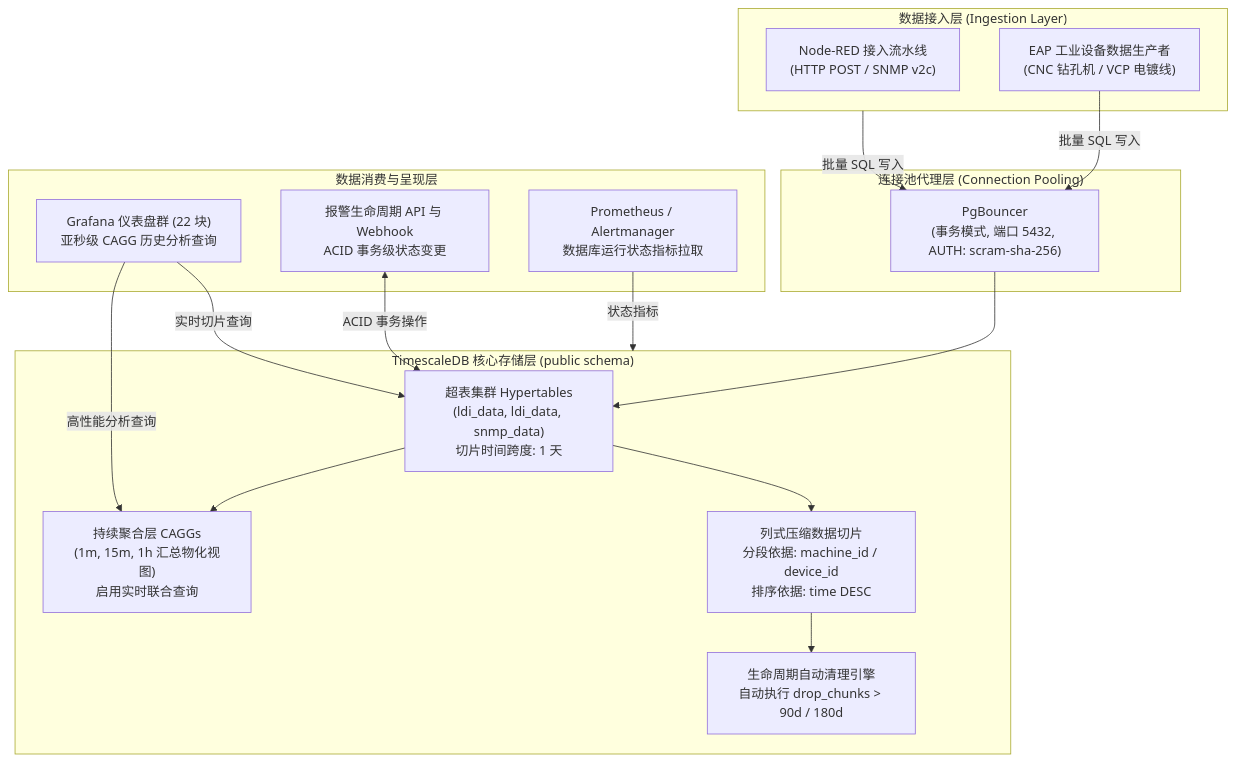
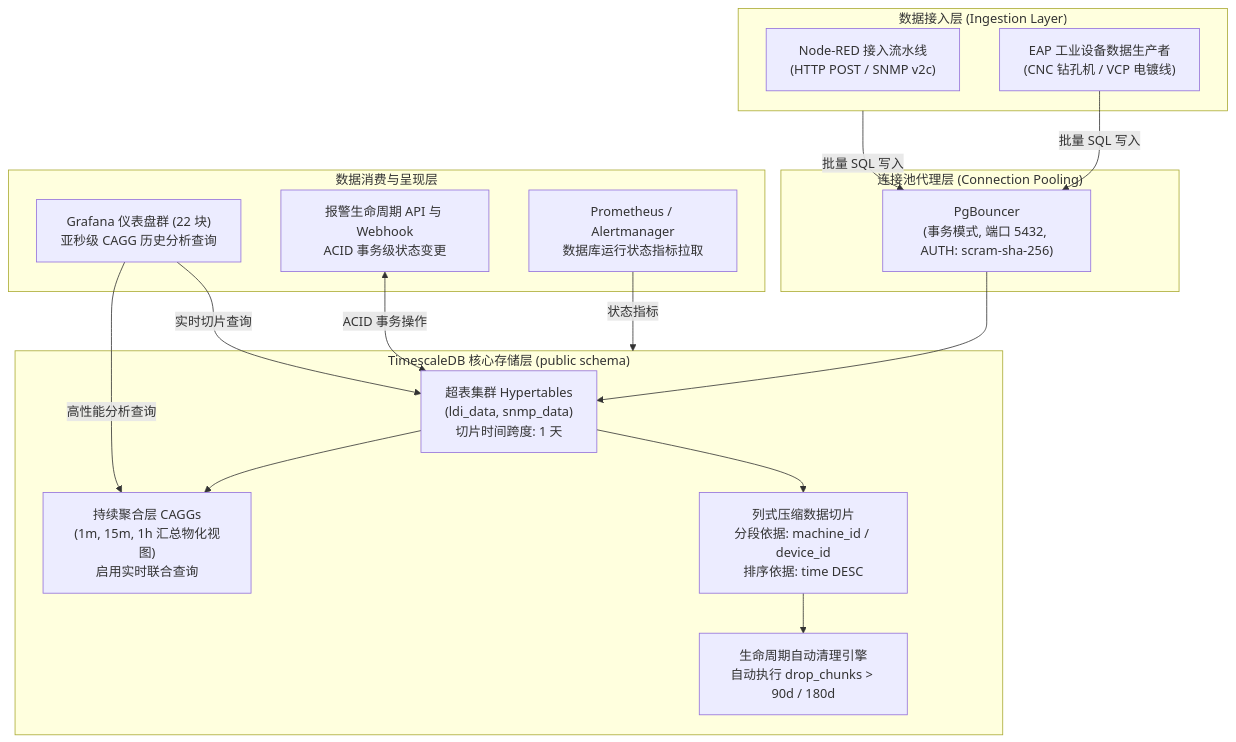
Before and after one commit to PATTANAKORN025/IMS: the diagram in zh-CN/docs/architecture/decisions/0002-timescaledb-for-timeseries.md, drawn with Mermaid. The commit also changed other lines of this file and 33 other files, not shown here.

First line of the commit message:
fix(docs): align architecture, developer references, and linters with code

````diff
--- a/zh-CN/docs/architecture/decisions/0002-timescaledb-for-timeseries.md
+++ b/zh-CN/docs/architecture/decisions/0002-timescaledb-for-timeseries.md
@@ -82,48 +82,48 @@
 ```mermaid
 flowchart TD
   subgraph INGEST["数据接入层 (Ingestion Layer)"]
     NR["Node-RED 接入流水线
 (HTTP POST / SNMP v2c)"]
     EAP["EAP 工业设备数据生产者
 (CNC 钻孔机 / VCP 电镀线)"]
   end
 
   subgraph POOL["连接池代理层 (Connection Pooling)"]
     PGB["PgBouncer
 (事务模式, 端口 5432, AUTH: scram-sha-256)"]
   end
 
   subgraph STORAGE["TimescaleDB 核心存储层 (public schema)"]
     HT["超表集群 Hypertables
-(ldi_data, ldi_data, snmp_data)
+(ldi_data, snmp_data)
 切片时间跨度: 1 天"]
     CAGG["持续聚合层 CAGGs
 (1m, 15m, 1h 汇总物化视图)
 启用实时联合查询"]
     COMP["列式压缩数据切片
 分段依据: machine_id / device_id
 排序依据: time DESC"]
     RET["生命周期自动清理引擎
 自动执行 drop_chunks > 90d / 180d"]
   end
 
   subgraph CLIENTS["数据消费与呈现层"]
     GRAF["Grafana 仪表盘群 (22 块)
 亚秒级 CAGG 历史分析查询"]
     ALARM["报警生命周期 API 与 Webhook
 ACID 事务级状态变更"]
     PROM["Prometheus / Alertmanager
 数据库运行状态指标拉取"]
   end
 
   INGEST -->|批量 SQL 写入| PGB
   EAP -->|批量 SQL 写入| PGB
   PGB --> HT
   HT --> CAGG
   HT --> COMP
   COMP --> RET
   GRAF -->|高性能分析查询| CAGG
   GRAF -->|实时切片查询| HT
   ALARM <-->|ACID 事务操作| HT
   PROM -->|状态指标| STORAGE
 ```
````
